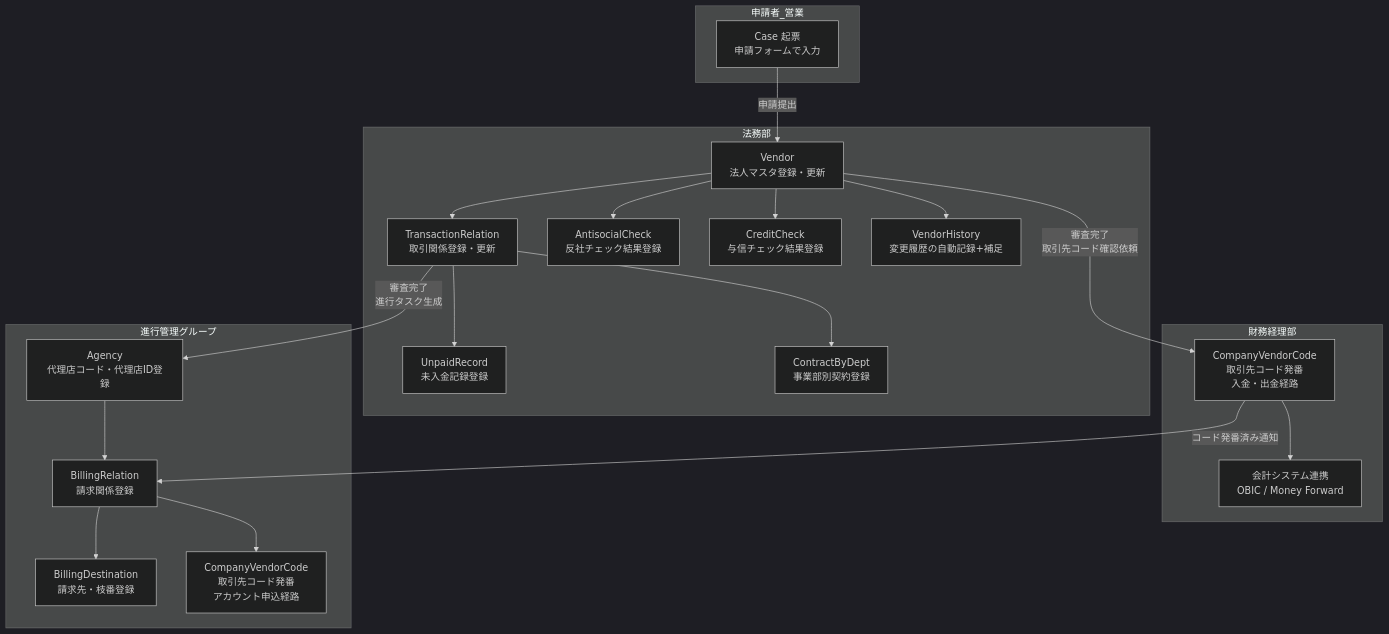
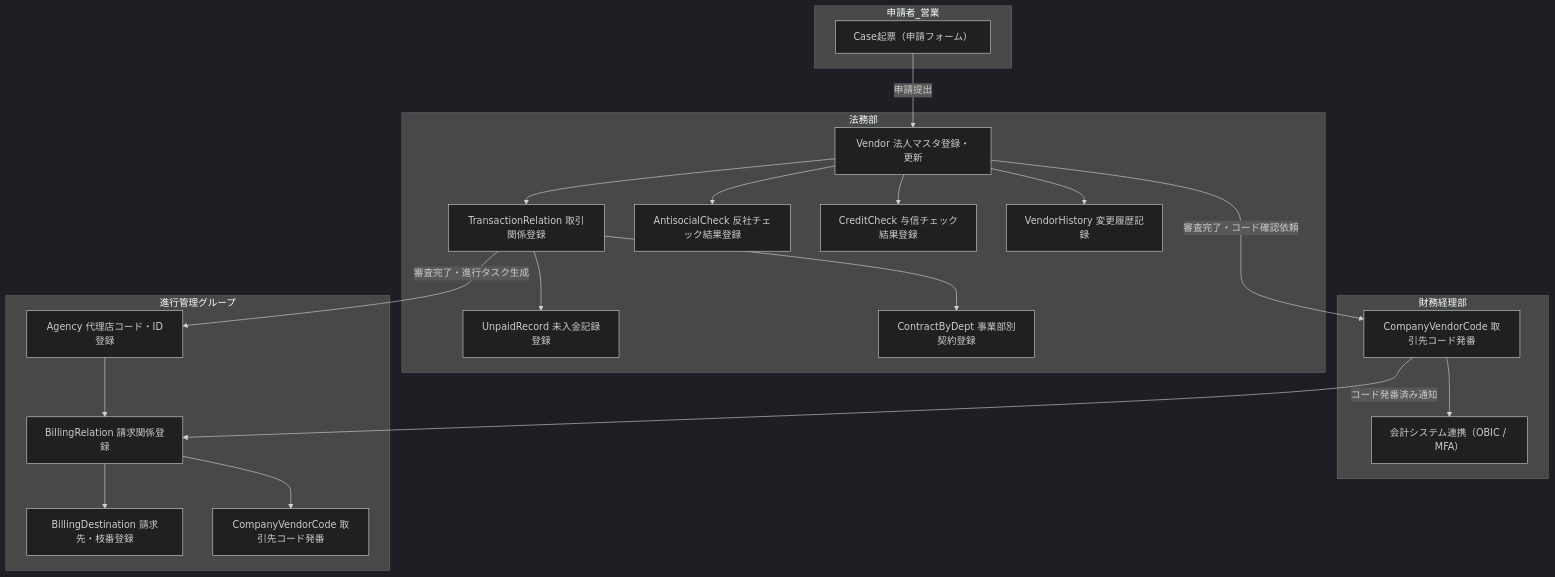
Before and after one commit to rikuxxer/sample: the fourth of 9 diagrams in README.md, drawn with Mermaid (dark theme). The commit also changed other lines of this file, not shown here.

````diff
--- a/README.md
+++ b/README.md
@@ -798,43 +942,43 @@
 ```mermaid
 flowchart TB
   subgraph applicant [申請者_営業]
-    A1["Case 起票\n申請フォームで入力"]
+    A1["Case起票（申請フォーム）"]
   end
 
   subgraph legal [法務部]
-    L1["Vendor\n法人マスタ登録・更新"]
-    L2["TransactionRelation\n取引関係登録・更新"]
-    L3["AntisocialCheck\n反社チェック結果登録"]
-    L4["CreditCheck\n与信チェック結果登録"]
-    L5["UnpaidRecord\n未入金記録登録"]
-    L6["ContractByDept\n事業部別契約登録"]
-    L7["VendorHistory\n変更履歴の自動記録+補足"]
+    L1["Vendor 法人マスタ登録・更新"]
+    L2["TransactionRelation 取引関係登録"]
+    L3["AntisocialCheck 反社チェック結果登録"]
+    L4["CreditCheck 与信チェック結果登録"]
+    L5["UnpaidRecord 未入金記録登録"]
+    L6["ContractByDept 事業部別契約登録"]
+    L7["VendorHistory 変更履歴記録"]
   end
 
   subgraph accounting [財務経理部]
-    F1["CompanyVendorCode\n取引先コード発番\n入金・出金経路"]
-    F2["会計システム連携\nOBIC / Money Forward"]
+    F1["CompanyVendorCode 取引先コード発番"]
+    F2["会計システム連携（OBIC / MFA）"]
   end
 
   subgraph ops [進行管理グループ]
-    O1["Agency\n代理店コード・代理店ID登録"]
-    O2["BillingRelation\n請求関係登録"]
-    O3["BillingDestination\n請求先・枝番登録"]
-    O4["CompanyVendorCode\n取引先コード発番\nアカウント申込経路"]
+    O1["Agency 代理店コード・ID登録"]
+    O2["BillingRelation 請求関係登録"]
+    O3["BillingDestination 請求先・枝番登録"]
+    O4["CompanyVendorCode 取引先コード発番"]
   end
 
   A1 -->|"申請提出"| L1
   L1 --> L2
   L1 --> L3
   L1 --> L4
   L1 --> L7
   L2 --> L5
   L2 --> L6
-  L1 -->|"審査完了\n取引先コード確認依頼"| F1
-  L2 -->|"審査完了\n進行タスク生成"| O1
+  L1 -->|"審査完了・コード確認依頼"| F1
+  L2 -->|"審査完了・進行タスク生成"| O1
   F1 --> F2
   F1 -->|"コード発番済み通知"| O2
   O1 --> O2
   O2 --> O3
   O2 --> O4
 ```
````
